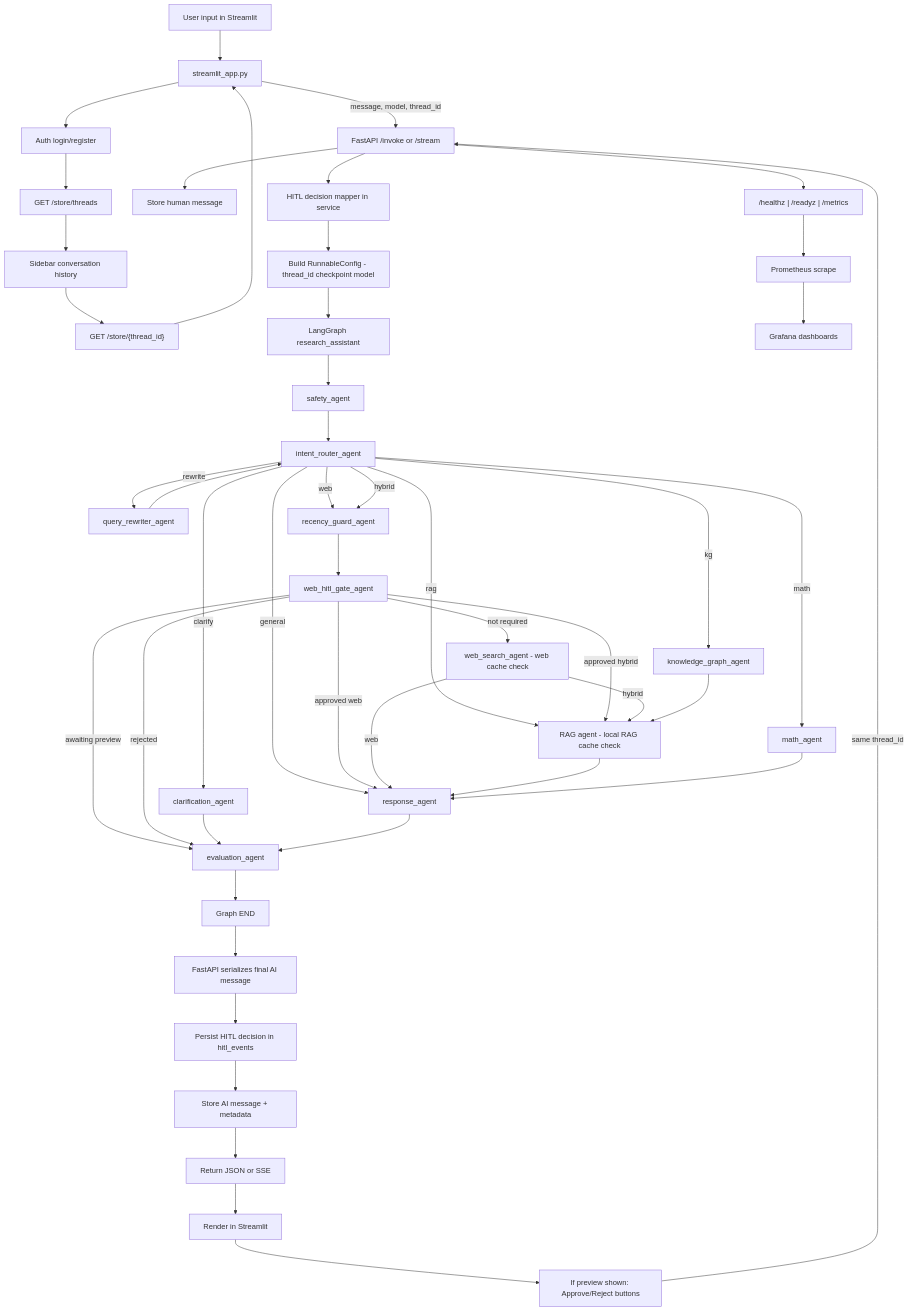
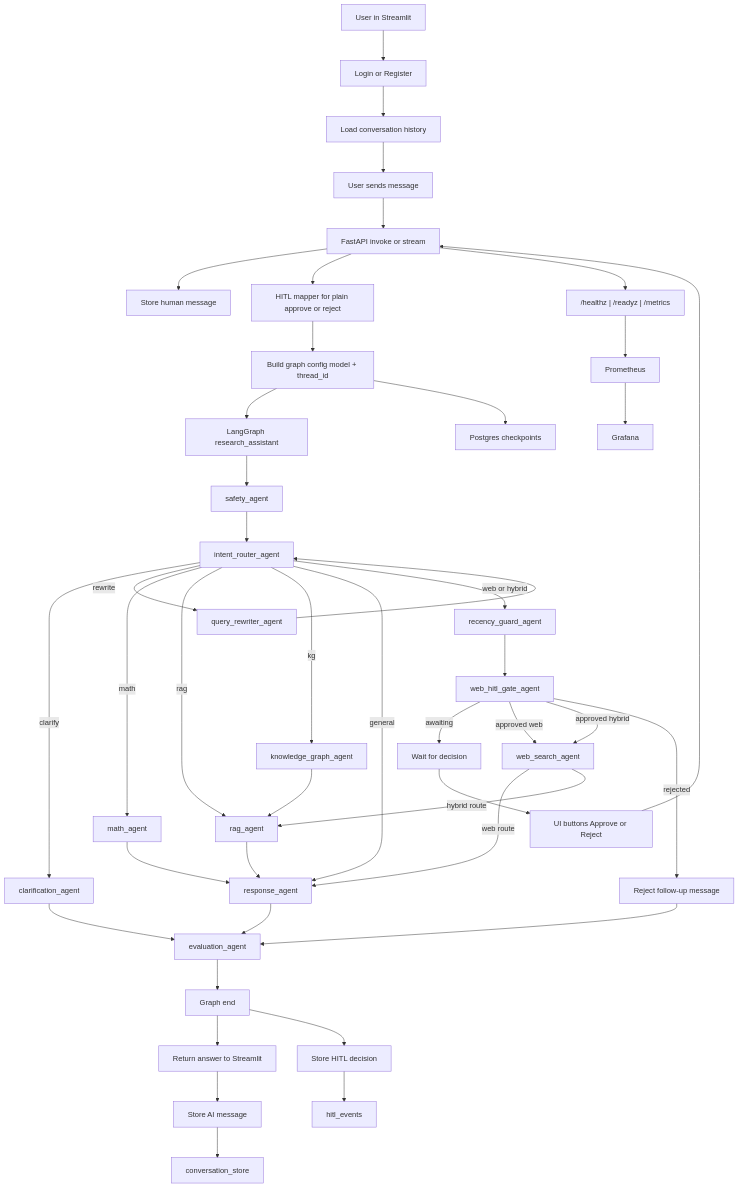
One commit to Theepankumargandhi/Multi-Agent-Orchestration changed the first of 2 diagrams in README.md. Above: the diagram before and after it, drawn with Mermaid. The commit also changed 2 other files, not shown here.

Commit message:
Updated flowchart

````diff
--- a/README.md
+++ b/README.md
@@ -64,58 +64,62 @@
 ```mermaid
 %%{init: {"flowchart":{"nodeSpacing":45,"rankSpacing":65},"themeVariables":{"fontSize":"16px"}}}%%
 flowchart TD
-    U[User input in Streamlit] --> ST[streamlit_app.py]
-    ST --> AUTH[Auth login/register]
-    AUTH --> THR[GET /store/threads]
-    THR --> TSEL[Sidebar conversation history]
-    TSEL --> HIST["GET /store/{thread_id}"]
-    HIST --> ST
-    ST -->|message, model, thread_id| API[FastAPI /invoke or /stream]
+    U[User in Streamlit] --> AUTH[Login or Register]
+    AUTH --> HIST[Load conversation history]
+    HIST --> Q[User sends message]
+    Q --> API[FastAPI invoke or stream]
 
     API --> STOREH[Store human message]
-    API --> HMAP[HITL decision mapper in service]
-    HMAP --> CFG[Build RunnableConfig - thread_id checkpoint model]
+    API --> HMAP[HITL mapper for plain approve or reject]
+    HMAP --> CFG[Build graph config model + thread_id]
     CFG --> LG[LangGraph research_assistant]
+    CFG --> CHK[Postgres checkpoints]
 
     LG --> SA[safety_agent]
     SA --> IR[intent_router_agent]
 
     IR -->|clarify| CA[clarification_agent]
+    CA --> EVA[evaluation_agent]
+
     IR -->|rewrite| QR[query_rewriter_agent]
     QR --> IR
 
     IR -->|math| MA[math_agent]
-    IR -->|web| RG[recency_guard_agent]
+    MA --> RESP[response_agent]
+
+    IR -->|rag| RA[rag_agent]
+    RA --> RESP
+
     IR -->|kg| KG[knowledge_graph_agent]
-    IR -->|rag| RA[rag_agent]
-    IR -->|hybrid| RG
-    IR -->|general| RESP[response_agent]
+    KG --> RA
 
+    IR -->|general| RESP
+
+    IR -->|web or hybrid| RG[recency_guard_agent]
     RG --> WH[web_hitl_gate_agent]
-    WH -->|awaiting preview| EVA
-    WH -->|rejected| EVA
-    WH -->|approved web| RESP
-    WH -->|approved hybrid| RA
-    WH -->|not required| WS[web_search_agent - web cache check]
-    WS -->|web| RESP
-    WS -->|hybrid| RA
-    KG --> RA
-    RA[RAG agent - local RAG cache check] --> RESP
-    MA --> RESP
 
-    CA --> EVA[evaluation_agent]
+    WH -->|awaiting| WAIT[Wait for decision]
+    WAIT --> BTN[UI buttons Approve or Reject]
+    BTN --> API
+
+    WH -->|approved web| WS[web_search_agent]
+    WS -->|web route| RESP
+
+    WH -->|approved hybrid| WS
+    WS -->|hybrid route| RA
+
+    WH -->|rejected| REJ[Reject follow-up message]
+    REJ --> EVA
+
     RESP --> EVA
-    EVA --> END[Graph END]
+    EVA --> END[Graph end]
+    END --> APIRESP[Return answer to Streamlit]
+    APIRESP --> STOREA[Store AI message]
+    STOREA --> CST[conversation_store]
+    END --> HITLDB[Store HITL decision]
+    HITLDB --> HITL[hitl_events]
 
-    END --> APIOUT[FastAPI serializes final AI message]
-    APIOUT --> HITAUDIT[Persist HITL decision in hitl_events]
-    HITAUDIT --> STOREA[Store AI message + metadata]
-    STOREA --> RET[Return JSON or SSE]
-    RET --> UI[Render in Streamlit]
-    UI --> HITLBTN[If preview shown: Approve/Reject buttons]
-    HITLBTN -->|same thread_id| API
-
-    API --> OPS["/healthz | /readyz | /metrics"]
-    OPS --> PROM[Prometheus scrape]
-    PROM --> GRAF[Grafana dashboards]
+    API --> METRICS["/healthz | /readyz | /metrics"]
+    METRICS --> PROM[Prometheus]
+    PROM --> GRAF[Grafana]
 ```
````
